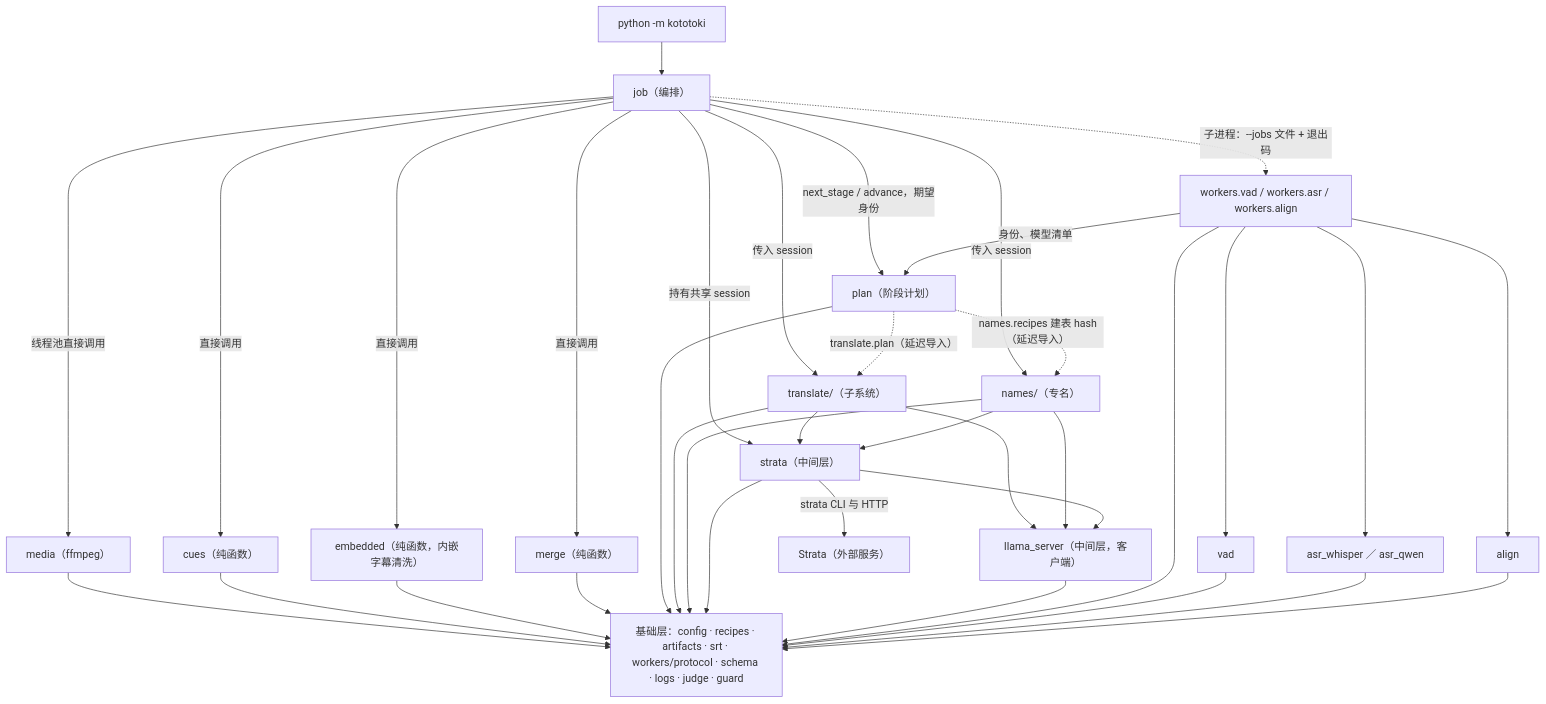
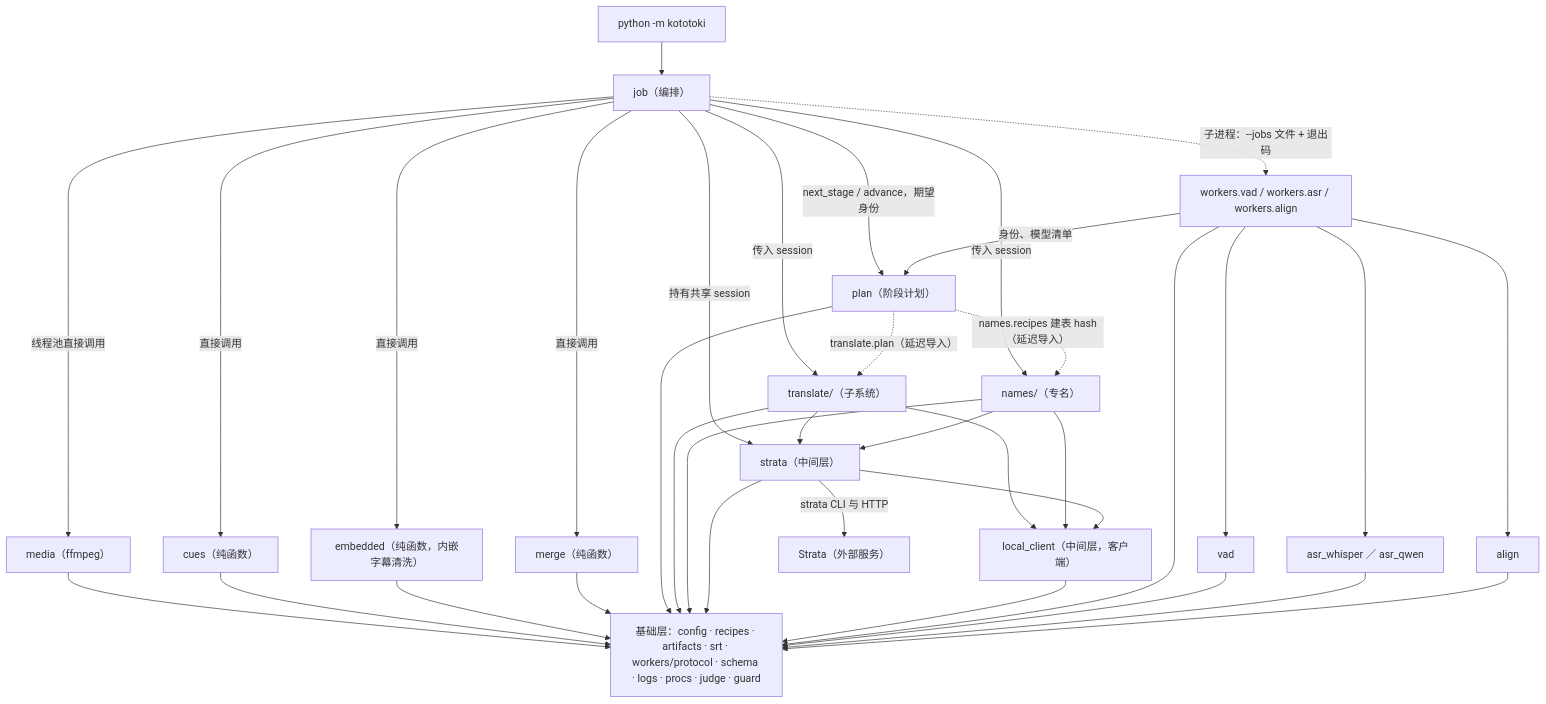
One commit to watchzerg/kototoki changed the second of 2 diagrams in docs/architecture/INDEX.md. Above: the diagram before and after it, drawn with Mermaid. The commit also changed other lines of this file and 17 other files, not shown here.

````diff
--- a/docs/architecture/INDEX.md
+++ b/docs/architecture/INDEX.md
@@ -55,39 +55,39 @@
 ```mermaid
 flowchart TB
   MAIN["python -m kototoki"] --> JOB["job（编排）"]
   JOB -->|线程池直接调用| MEDIA["media（ffmpeg）"]
   JOB -->|直接调用| CUES["cues（纯函数）"]
   JOB -->|直接调用| EMB["embedded（纯函数，内嵌字幕清洗）"]
   JOB -->|直接调用| MERGE["merge（纯函数）"]
   JOB -->|next_stage / advance，期望身份| PLAN["plan（阶段计划）"]
   JOB -->|持有共享 session| ST["strata（中间层）"]
   JOB -->|传入 session| NM["names/（专名）"]
   JOB -->|传入 session| TR["translate/（子系统）"]
   JOB -.->|子进程：--jobs 文件 + 退出码| WK["workers.vad / workers.asr / workers.align"]
   WK -->|身份、模型清单| PLAN
   PLAN -.->|translate.plan（延迟导入）| TR
   PLAN -.->|names.recipes 建表 hash（延迟导入）| NM
   WK --> VAD["vad"]
   WK --> ASR["asr_whisper ／ asr_qwen"]
   WK --> ALIGN["align"]
   TR --> ST
   NM --> ST
-  TR --> LS["llama_server（中间层，客户端）"]
+  TR --> LS["local_client（中间层，客户端）"]
   NM --> LS
   ST --> LS
   ST -->|strata CLI 与 HTTP| STRATA["Strata（外部服务）"]
   MEDIA --> BASE
   CUES --> BASE
   EMB --> BASE
   MERGE --> BASE
   PLAN --> BASE
   TR --> BASE
   NM --> BASE
   ST --> BASE
   LS --> BASE
   WK --> BASE
   VAD --> BASE
   ASR --> BASE
   ALIGN --> BASE
-  BASE["基础层：config · recipes · artifacts · srt · workers/protocol · schema · logs · judge · guard"]
+  BASE["基础层：config · recipes · artifacts · srt · workers/protocol · schema · logs · procs · judge · guard"]
 ```
````
